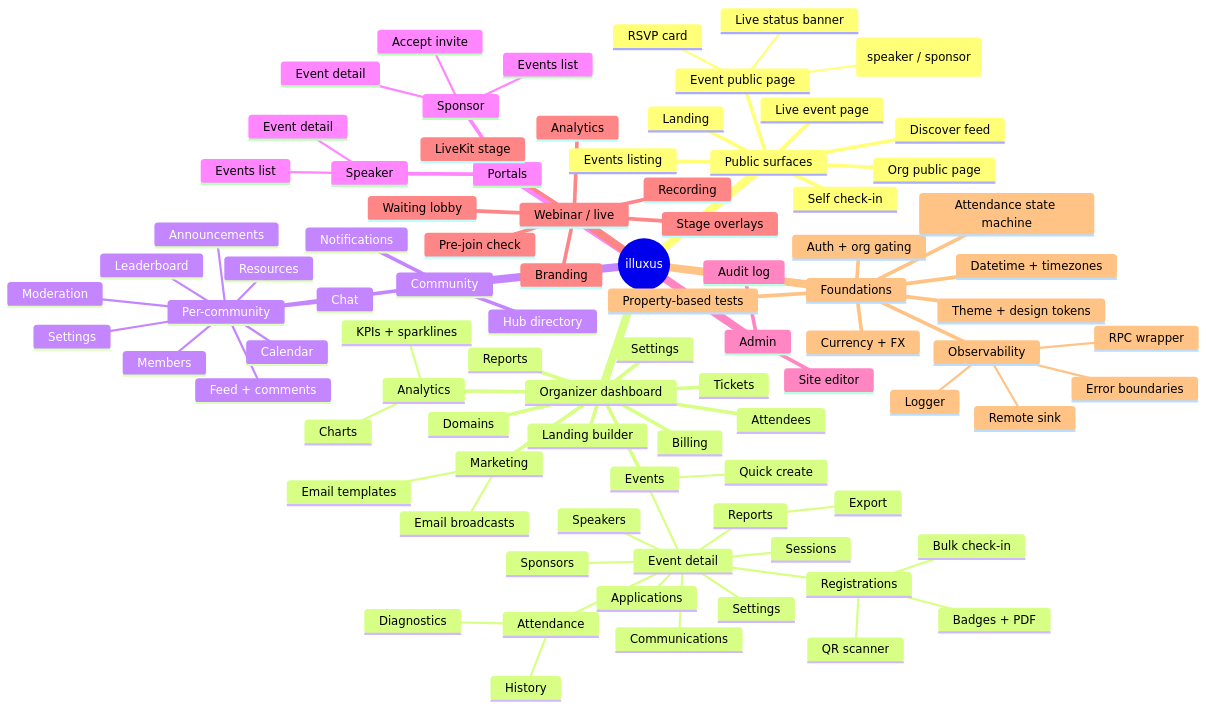
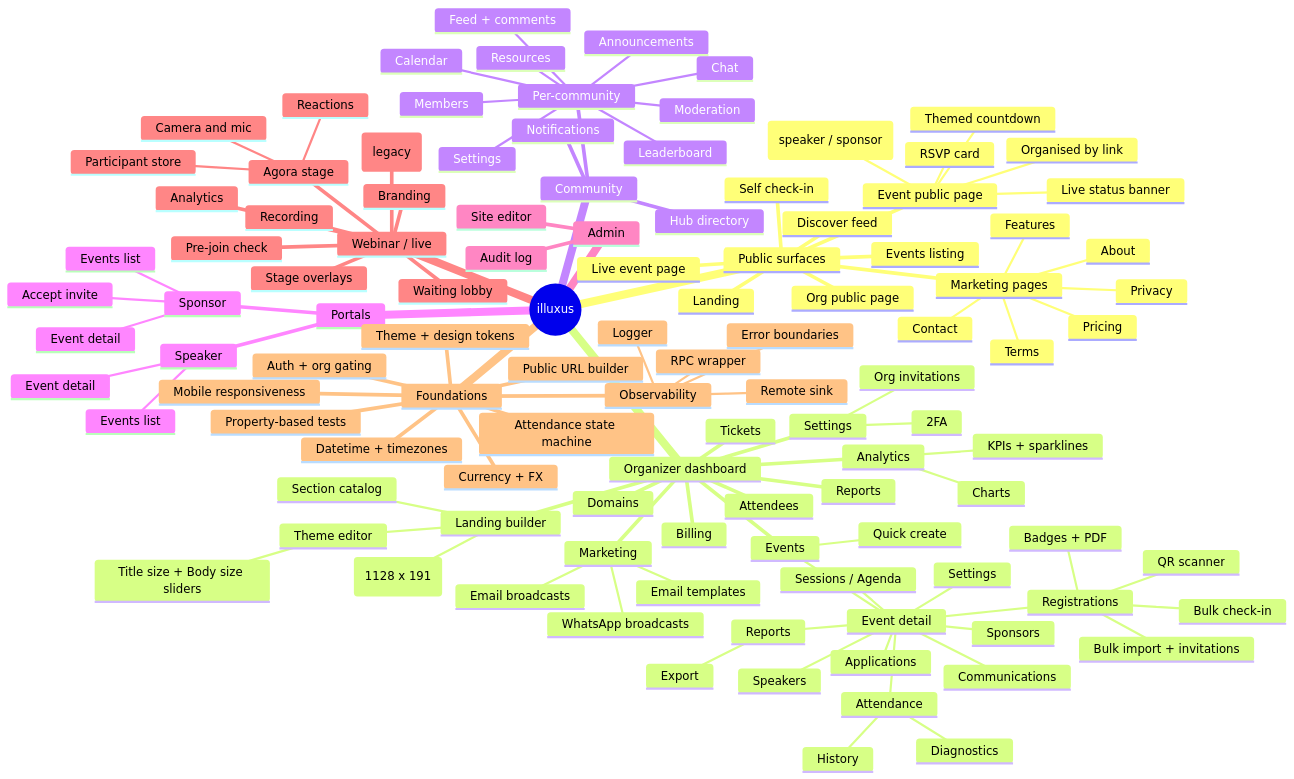
Before and after one commit to illuxus-bm/illuxus: the first of 2 diagrams in ROADMAP.md, drawn with Mermaid. The commit also changed other lines of this file and 1 other file, not shown here.

First line of the commit message:
Update README and ROADMAP to reflect recent shipped work

````diff
--- a/ROADMAP.md
+++ b/ROADMAP.md
@@ -20,16 +20,25 @@
       Org public page
       Event public page
         RSVP card
+        Organised by link
         Quick views (speaker / sponsor)
         Live status banner
+        Themed countdown
       Self check-in
       Live event page
+      Marketing pages
+        Features
+        Pricing
+        About
+        Contact
+        Privacy
+        Terms
     Organizer dashboard
       Events
         Quick create
         Event detail
           Settings
-          Sessions
+          Sessions / Agenda
           Speakers
           Sponsors
           Communications
@@ -38,6 +47,7 @@
             QR scanner
             Bulk check-in
             Badges + PDF
+            Bulk import + invitations
           Attendance
             Diagnostics
             History
@@ -51,10 +61,17 @@
       Marketing
         Email broadcasts
         Email templates
+        WhatsApp broadcasts
       Landing builder
+        Theme editor
+          Title size + Body size sliders
+        Section catalog
+        Cover banner (1128 x 191)
       Domains
       Reports
       Settings
+        Org invitations
+        2FA
       Billing
     Community
       Hub directory
@@ -81,7 +98,11 @@
       Site editor
       Audit log
     Webinar / live
-      LiveKit stage
+      Agora stage
+        Camera and mic
+        Reactions
+        Participant store
+      LiveKit stage (legacy)
       Pre-join check
       Waiting lobby
       Stage overlays
@@ -100,4 +121,6 @@
       Datetime + timezones
       Attendance state machine
       Property-based tests
+      Public URL builder
+      Mobile responsiveness
 ```
````
